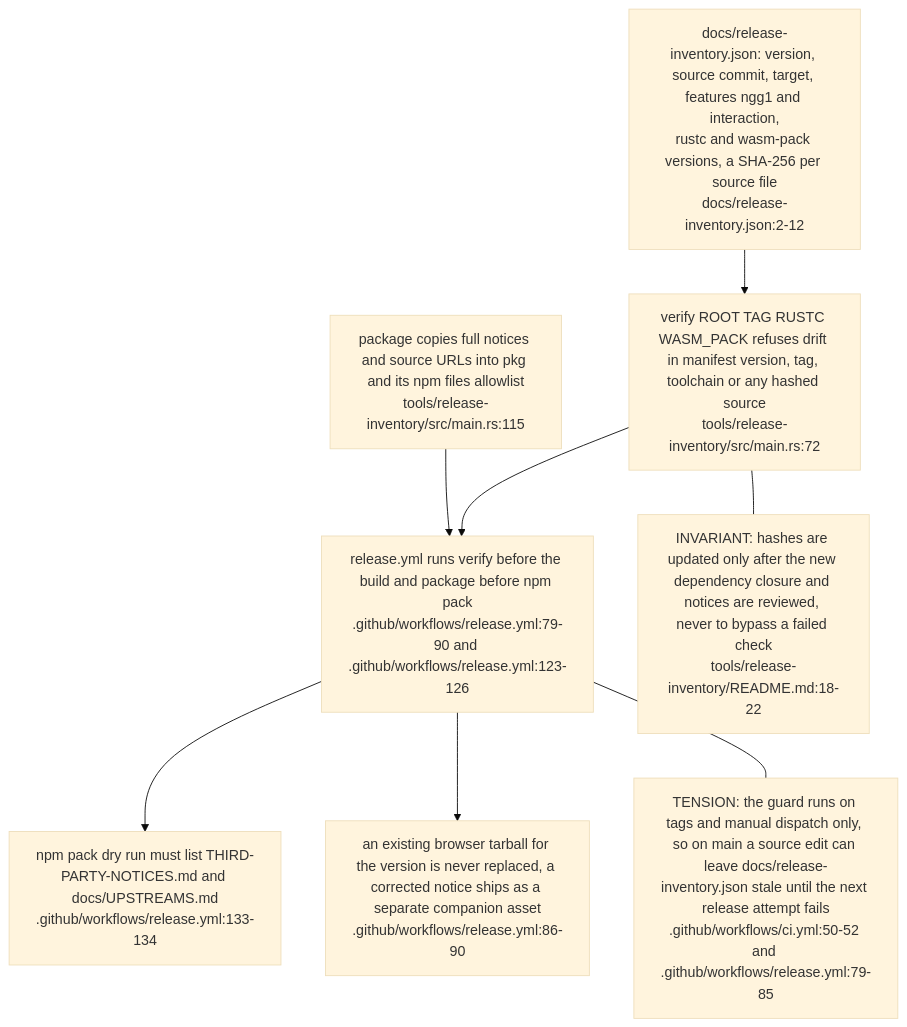
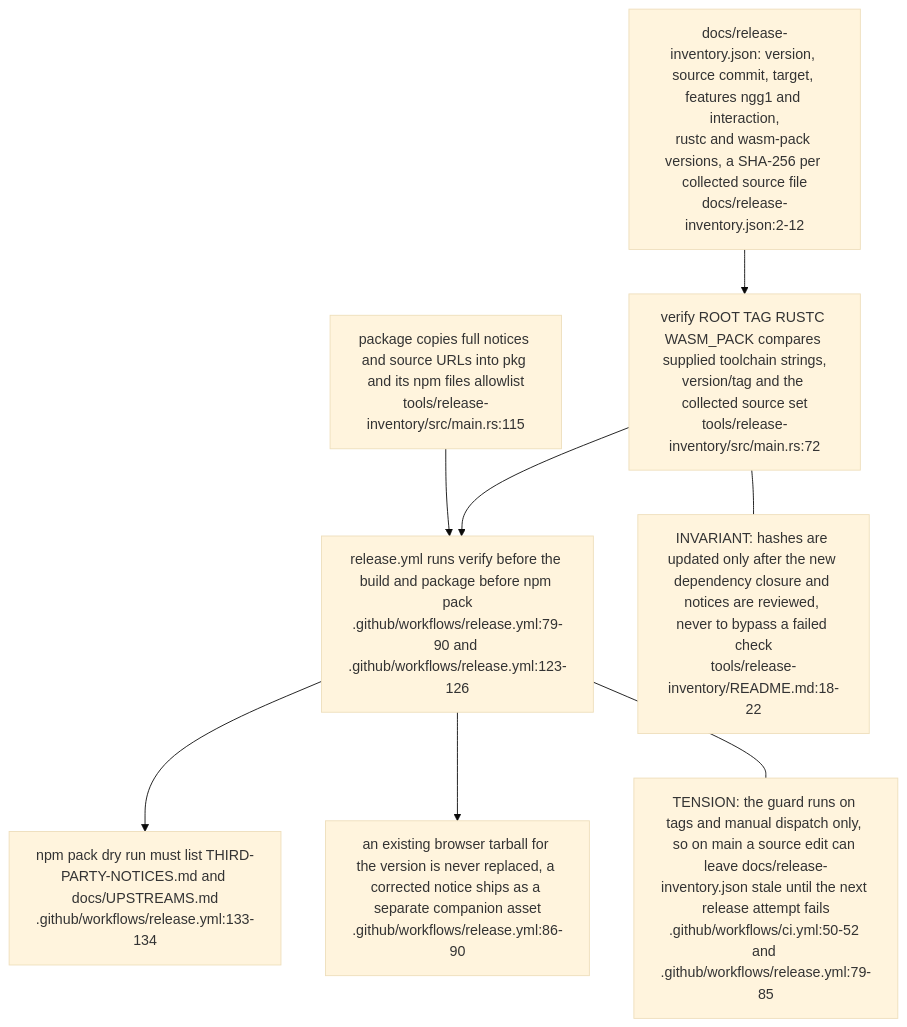
One commit to DreamLab-AI/VisionFlow changed the sixth of 6 diagrams in docs/diagrams/vowl-wasm/05-build-test-bench-and-publish.md. Above: the diagram before and after it, drawn with Mermaid (base theme). The commit also changed other lines of this file and 35 other files, not shown here.

````diff
--- a/docs/diagrams/vowl-wasm/05-build-test-bench-and-publish.md
+++ b/docs/diagrams/vowl-wasm/05-build-test-bench-and-publish.md
@@ -125,18 +114,18 @@
 ```mermaid
 flowchart TB
-    INVJ["docs/release-inventory.json: version, source commit, target, features ngg1 and interaction,<br/>rustc and wasm-pack versions, a SHA-256 per source file<br/>docs/release-inventory.json:2-12"]
-    VER["verify ROOT TAG RUSTC WASM_PACK refuses drift in manifest version, tag, toolchain or any hashed source<br/>tools/release-inventory/src/main.rs:72"]
+    INVJ["docs/release-inventory.json: version, source commit, target, features ngg1 and interaction,<br/>rustc and wasm-pack versions, a SHA-256 per collected source file<br/>docs/release-inventory.json:2-12"]
+    VER["verify ROOT TAG RUSTC WASM_PACK compares supplied toolchain strings,<br/>version/tag and the collected source set<br/>tools/release-inventory/src/main.rs:72"]
     PKG["package copies full notices and source URLs into pkg and its npm files allowlist<br/>tools/release-inventory/src/main.rs:115"]
     REL["release.yml runs verify before the build and package before npm pack<br/>.github/workflows/release.yml:79-90 and .github/workflows/release.yml:123-126"]
     DRY["npm pack dry run must list THIRD-PARTY-NOTICES.md and docs/UPSTREAMS.md<br/>.github/workflows/release.yml:133-134"]
     FROZEN["an existing browser tarball for the version is never replaced, a corrected notice ships as a separate companion asset<br/>.github/workflows/release.yml:86-90"]
     INVJ --> VER
     VER --> REL
     PKG --> REL
     REL --> DRY
     REL --> FROZEN
     N1["INVARIANT: hashes are updated only after the new dependency closure and notices are reviewed, never to bypass a failed check<br/>tools/release-inventory/README.md:18-22"]
     N2["TENSION: the guard runs on tags and manual dispatch only, so on main a source edit can leave docs/release-inventory.json stale until the next release attempt fails<br/>.github/workflows/ci.yml:50-52 and .github/workflows/release.yml:79-85"]
     VER --- N1
     REL --- N2
 ```
````
